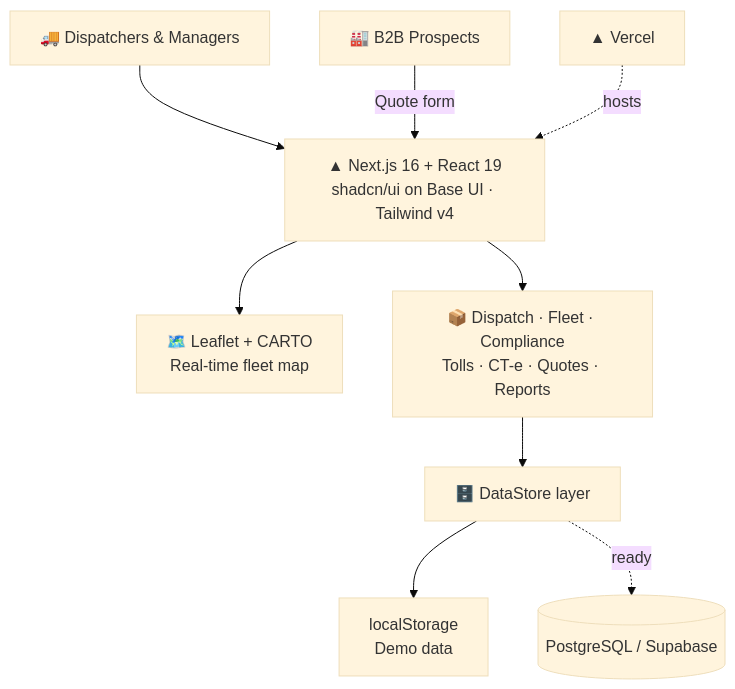
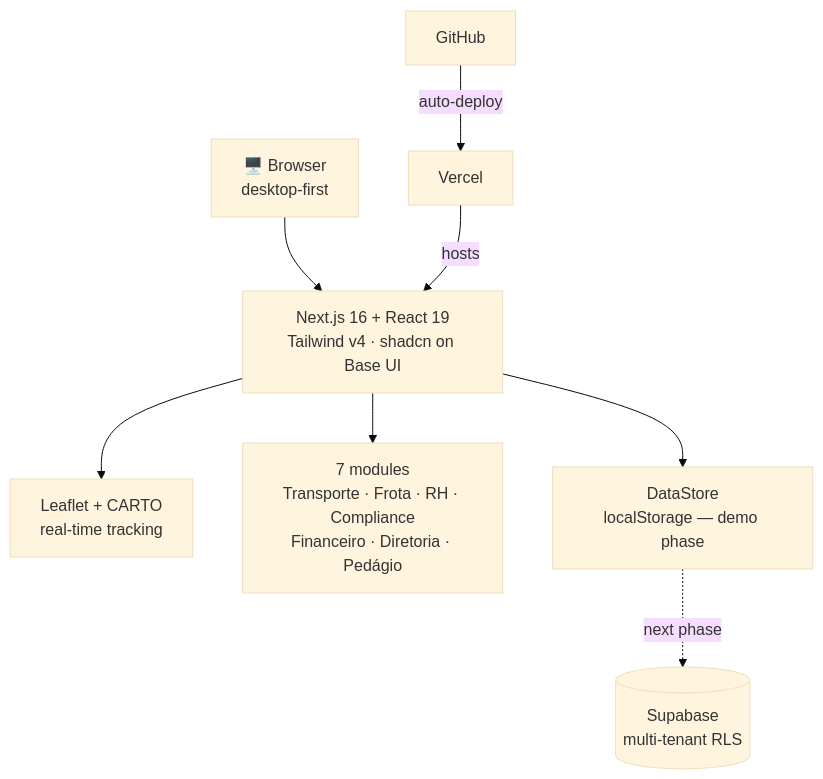
One commit to willgouveiaa/willgouveiaa changed the eighth of 10 diagrams in README.md. Above: the diagram before and after it, drawn with Mermaid (base theme). The commit also changed other lines of this file, not shown here.

First line of the commit message:
Revise architecture diagrams and project details

````diff
--- a/README.md
+++ b/README.md
@@ -294,12 +284,10 @@
 ```mermaid
-flowchart TD
-    D["🚚 Dispatchers & Managers"] --> UI
-    C["🏭 B2B Prospects"] -- "Quote form" --> UI
-    UI["▲ Next.js 16 + React 19<br/>shadcn/ui on Base UI · Tailwind v4"]
-    UI --> MAP["🗺️ Leaflet + CARTO<br/>Real-time fleet map"]
-    UI --> MOD["📦 Dispatch · Fleet · Compliance<br/>Tolls · CT-e · Quotes · Reports"]
-    MOD --> DS["🗄️ DataStore layer"]
-    DS --> LS["localStorage<br/>Demo data"]
-    DS -. ready .-> SB[("PostgreSQL / Supabase")]
-    VC["▲ Vercel"] -. hosts .-> UI
+flowchart TB
+    B["🖥️ Browser<br/>desktop-first"] --> NX["Next.js 16 + React 19<br/>Tailwind v4 · shadcn on Base UI"]
+    GH[GitHub] -->|auto-deploy| VC[Vercel]
+    VC -->|hosts| NX
+    NX --> MAP["Leaflet + CARTO<br/>real-time tracking"]
+    NX --> MOD["7 modules<br/>Transporte · Frota · RH · Compliance<br/>Financeiro · Diretoria · Pedágio"]
+    NX --> DS["DataStore<br/>localStorage — demo phase"]
+    DS -.->|next phase| SB[("Supabase<br/>multi-tenant RLS")]
 ```
````
